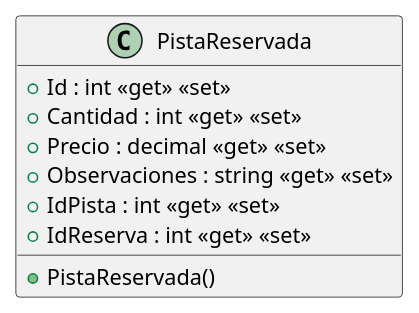
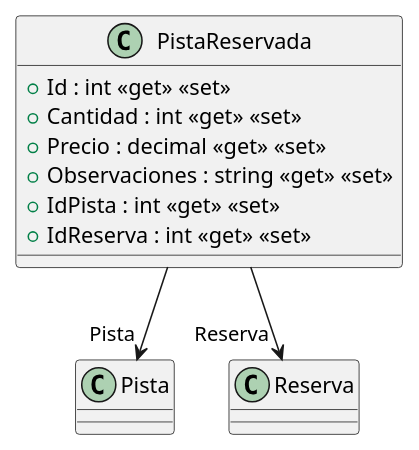
Before and after one commit to ISII2627LosIngenieros/ISII2627LosIngenieros: the diagram in src/AppForSEII.API/ClassDiagram/PistaReservada.puml, drawn with PlantUML. The commit also changed 17 other files, not shown here.

```diff
--- a/src/AppForSEII.API/ClassDiagram/PistaReservada.puml
+++ b/src/AppForSEII.API/ClassDiagram/PistaReservada.puml
@@ -1,11 +1,12 @@
 @startuml
 class PistaReservada {
-    + PistaReservada()
     + Id : int <<get>> <<set>>
     + Cantidad : int <<get>> <<set>>
     + Precio : decimal <<get>> <<set>>
     + Observaciones : string <<get>> <<set>>
     + IdPista : int <<get>> <<set>>
     + IdReserva : int <<get>> <<set>>
 }
+PistaReservada --> "Pista" Pista
+PistaReservada --> "Reserva" Reserva
 @enduml
```
